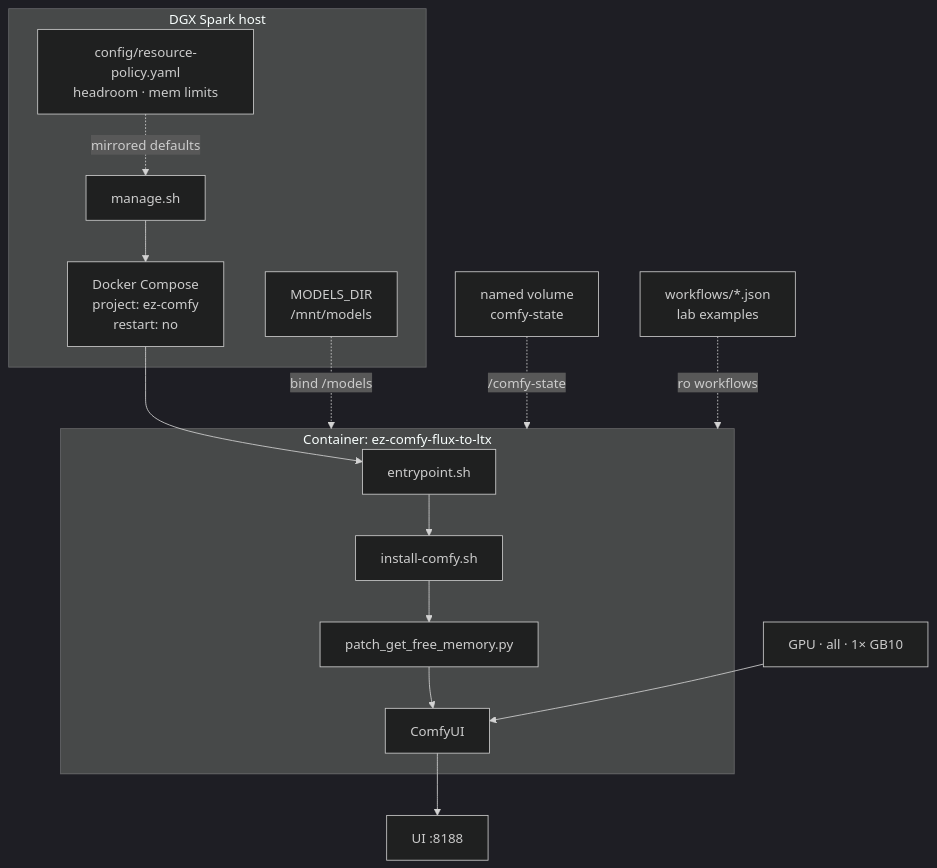
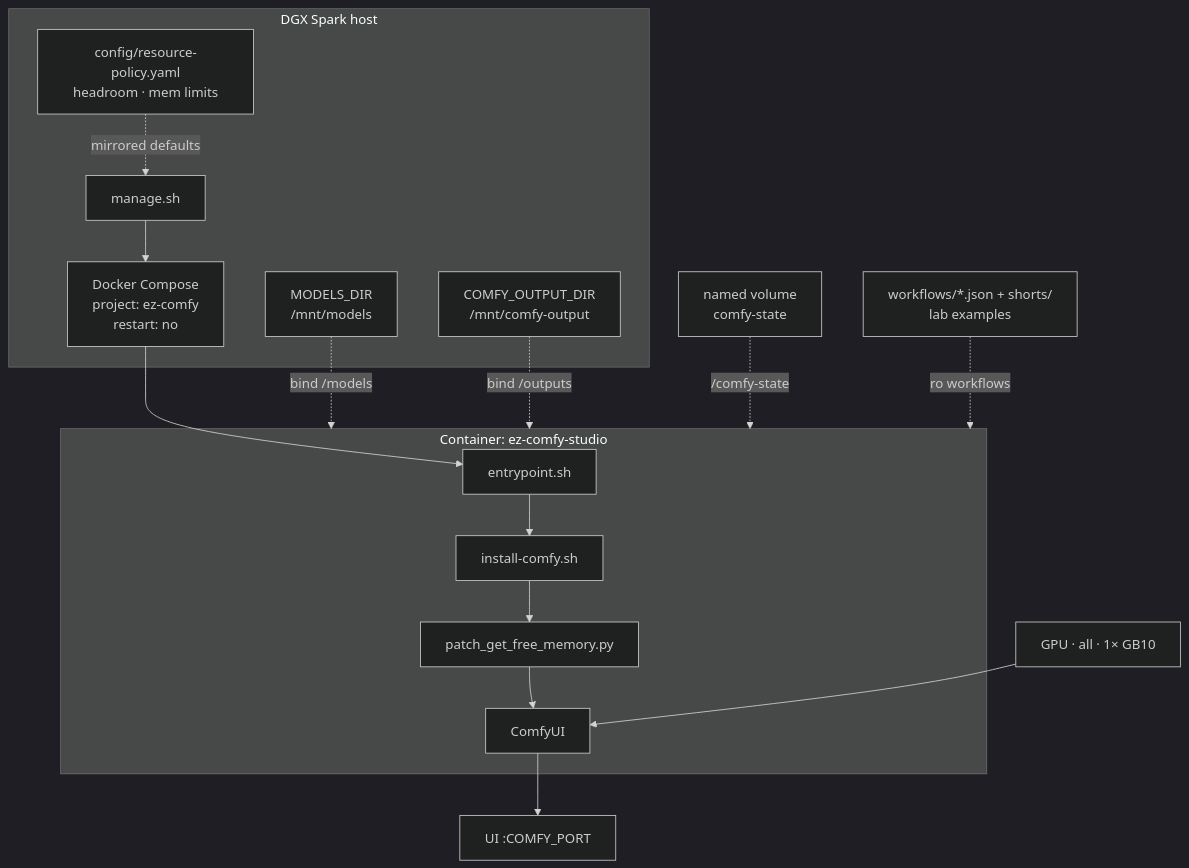
One commit to toxicoder/ez-comfy-stack changed the first of 5 diagrams in docs/visual-generative-ai.md. Above: the diagram before and after it, drawn with Mermaid (dark theme). The commit also changed other lines of this file and 142 other files, not shown here.

````diff
--- a/docs/visual-generative-ai.md
+++ b/docs/visual-generative-ai.md
@@ -31,31 +33,33 @@
 ```mermaid
 flowchart TB
   subgraph Host["DGX Spark host"]
     CLI["manage.sh"]
     Compose["Docker Compose<br/>project: ez-comfy<br/>restart: no"]
     Models["MODELS_DIR<br/>/mnt/models"]
+    Out["COMFY_OUTPUT_DIR<br/>/mnt/comfy-output"]
     Policy["config/resource-policy.yaml<br/>headroom · mem limits"]
   end
 
-  subgraph Ctr["Container: ez-comfy-flux-to-ltx"]
+  subgraph Ctr["Container: ez-comfy-studio"]
     EP["entrypoint.sh"]
     Install["install-comfy.sh"]
     Patch["patch_get_free_memory.py"]
     Comfy["ComfyUI"]
     EP --> Install --> Patch --> Comfy
   end
 
   Vol["named volume<br/>comfy-state"]
-  WF["workflows/*.json<br/>lab examples"]
+  WF["workflows/*.json + shorts/<br/>lab examples"]
   GPU["GPU · all · 1× GB10"]
-  UI["UI :8188"]
+  UI["UI :COMFY_PORT"]
 
   CLI --> Compose
   Compose --> EP
   Models -.->|bind /models| Ctr
+  Out -.->|bind /outputs| Ctr
   Vol -.->|/comfy-state| Ctr
   WF -.->|ro workflows| Ctr
   GPU --> Comfy
   Comfy --> UI
   Policy -.->|mirrored defaults| CLI
 ```
````
